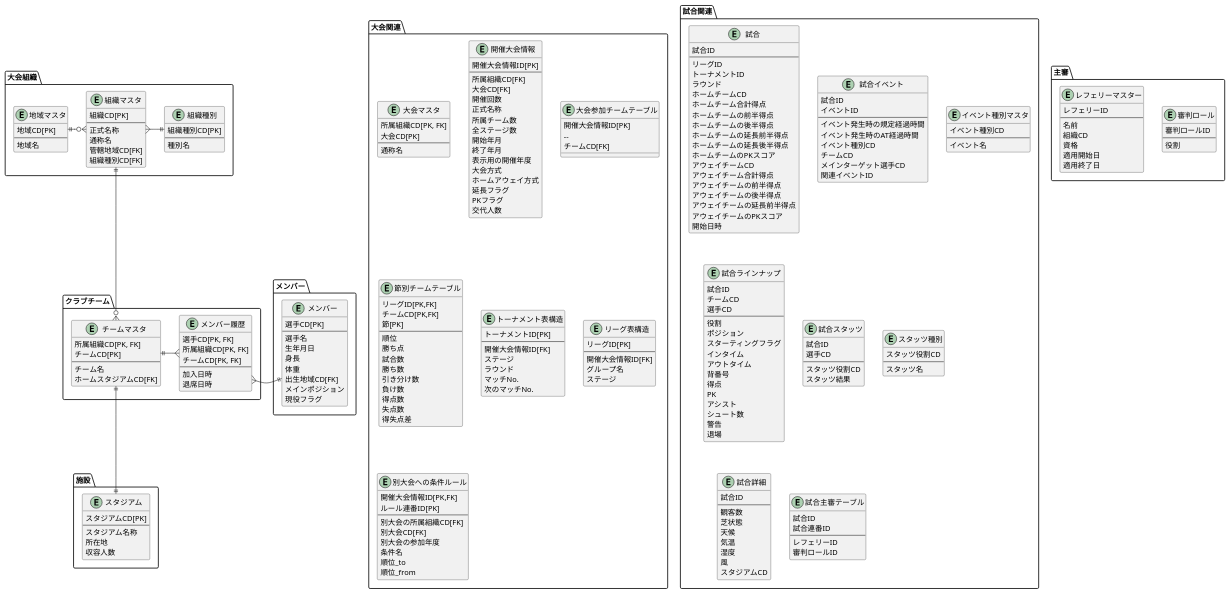
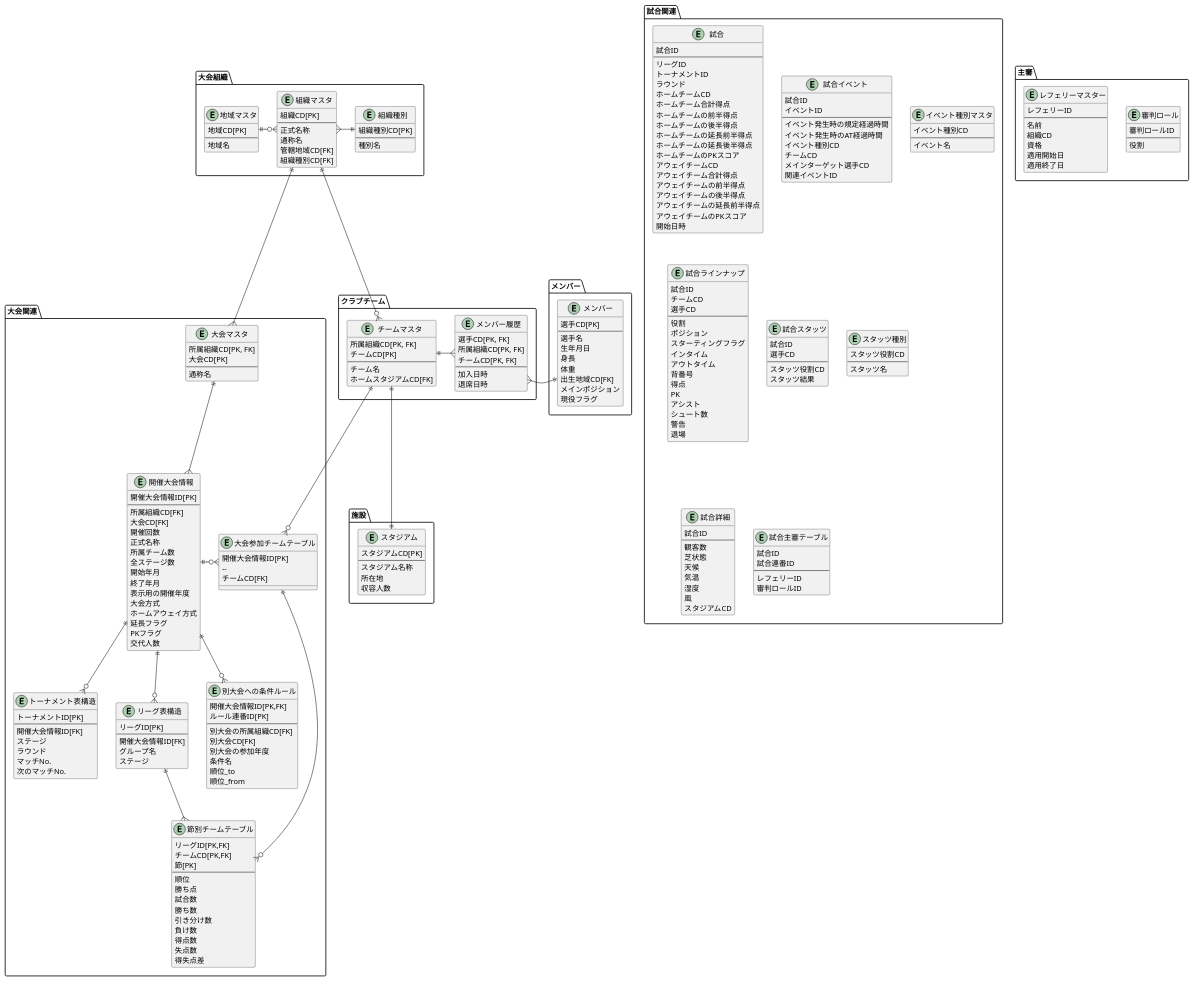
One commit to LCC-SYamada/SocckerDB_PlantUML changed the diagram in soccker_db.puml. Above: the diagram before and after it, drawn with PlantUML.

Commit message:
大会関連のテーブルをつなげる

```diff
--- a/soccker_db.puml
+++ b/soccker_db.puml
@@ -93,7 +93,7 @@
     交代人数
   }
 
-  Entity "大会参加チームテーブル" as SeaSonTournament {
+  Entity "大会参加チームテーブル" as TournamentParticipant {
     開催大会情報ID[PK]
     -- 
     チームCD[FK]
@@ -265,5 +265,14 @@
 Stadium ||-u-|| Team
 Team ||-r-{ MemberHistory
 Member ||-l-{ MemberHistory
+Organization ||--{ Tournament
+Tournament ||-d-{ TournamentInfo
+TournamentInfo ||--o{ TournamentDetail
+TournamentInfo ||--o{ TournamentTable
+TournamentInfo ||--o{ LeagueTable
+TournamentInfo ||-r-o{ TournamentParticipant
+Team ||-r-o{ TournamentParticipant 
+LeagueTable ||--{ MatchDayRank
+TournamentParticipant||--o{ MatchDayRank
 
 @enduml
```
